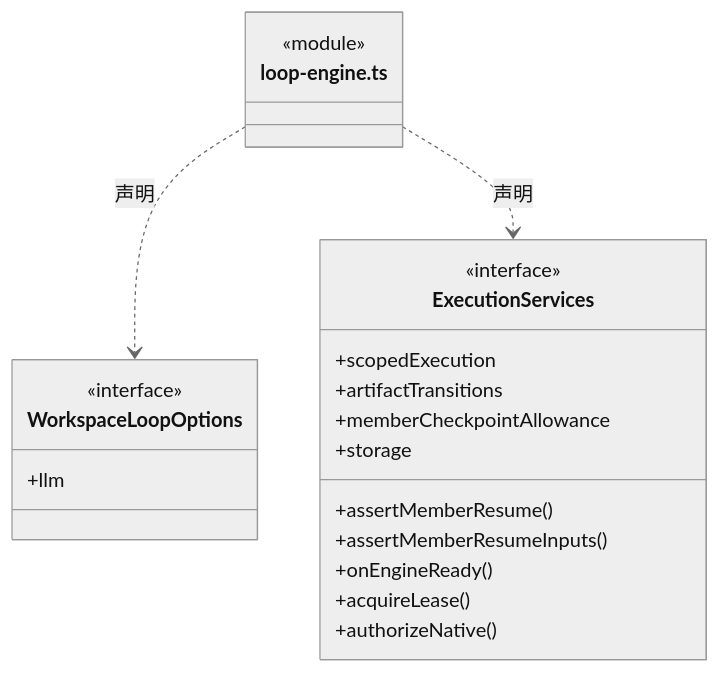
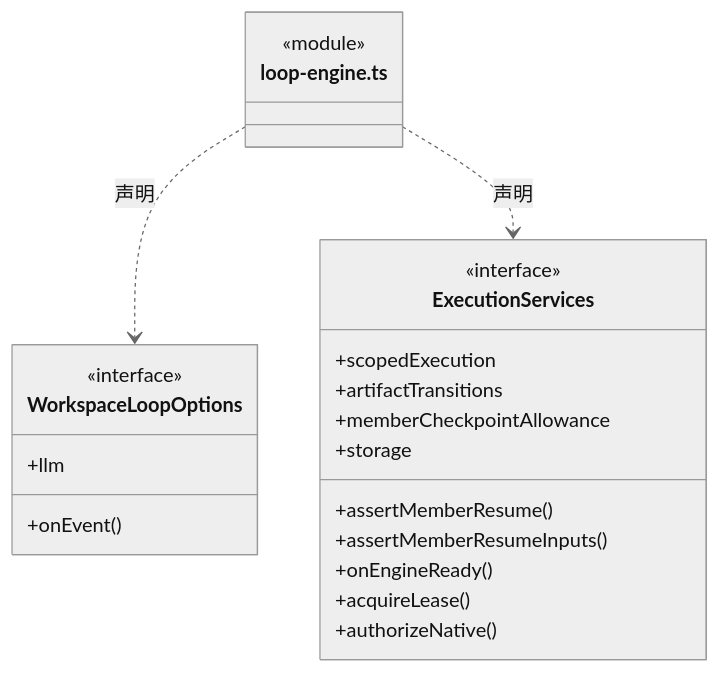
One commit to nan023062/cbim changed the third of 3 diagrams in src/logic/execution/assembly/ARCHITECTURE.md. Above: the diagram before and after it, drawn with Mermaid (neutral theme). The commit also changed other lines of this file and 62 other files, not shown here.

````diff
--- a/src/logic/execution/assembly/ARCHITECTURE.md
+++ b/src/logic/execution/assembly/ARCHITECTURE.md
@@ -78,24 +78,25 @@
 ```mermaid
 classDiagram
 class N_src_logic_execution_assembly_loop_engine_ts["loop-engine.ts"] {
   <<module>>
 }
 class N_src_logic_execution_assembly_loop_engine_ts_WorkspaceLoopOptions["WorkspaceLoopOptions"] {
   <<interface>>
+  +onEvent()
   +llm
 }
 N_src_logic_execution_assembly_loop_engine_ts ..> N_src_logic_execution_assembly_loop_engine_ts_WorkspaceLoopOptions : 声明
 class N_src_logic_execution_assembly_loop_engine_ts_ExecutionServices["ExecutionServices"] {
   <<interface>>
   +scopedExecution
   +artifactTransitions
   +assertMemberResume()
   +memberCheckpointAllowance
   +assertMemberResumeInputs()
   +onEngineReady()
   +storage
   +acquireLease()
   +authorizeNative()
 }
 N_src_logic_execution_assembly_loop_engine_ts ..> N_src_logic_execution_assembly_loop_engine_ts_ExecutionServices : 声明
 ```
````
